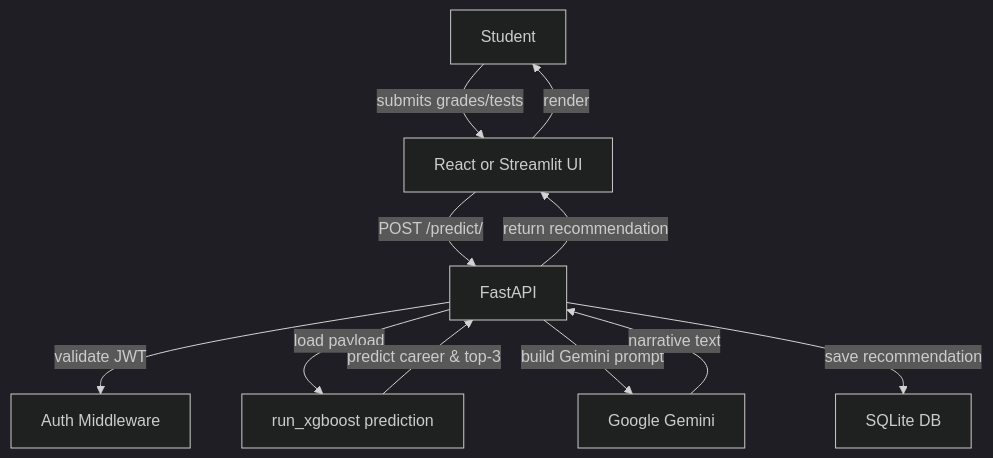
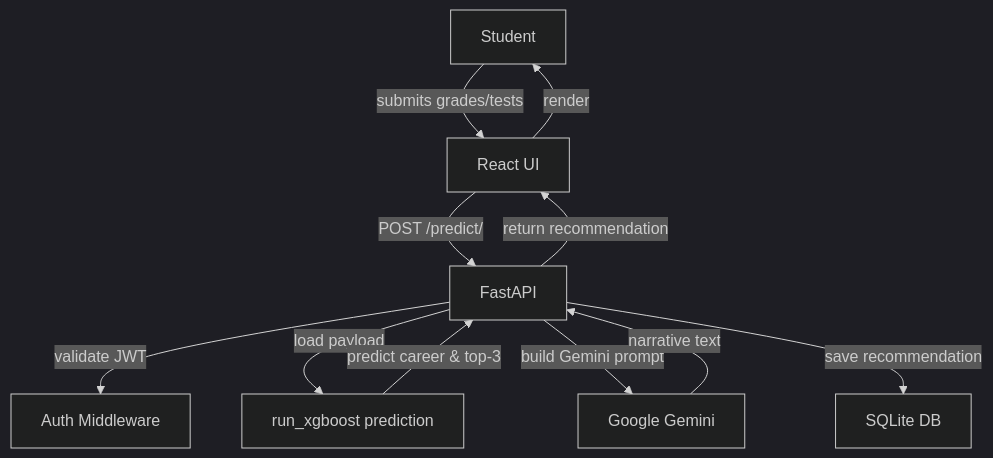
The fourth of 8 diagrams in README.md (A-I-Jeremiah/Smart-Career-Portal), drawn with Mermaid (dark theme) before and after one commit. The commit also changed other lines of this file, not shown here.

````diff
--- a/README.md
+++ b/README.md
@@ -105,13 +99,13 @@
 ```mermaid
 flowchart TD
-    User[Student] -->|submits grades/tests| Frontend[React or Streamlit UI]
+    User[Student] -->|submits grades/tests| Frontend[React UI]
     Frontend -->|POST /predict/| FastAPI
     FastAPI -->|validate JWT| Auth[Auth Middleware]
     FastAPI -->|load payload| ML[run_xgboost prediction]
     ML -->|predict career & top-3| FastAPI
     FastAPI -->|build Gemini prompt| Gemini[Google Gemini]
     Gemini -->|narrative text| FastAPI
     FastAPI -->|save recommendation| SQLite[SQLite DB]
     FastAPI -->|return recommendation| Frontend
     Frontend -->|render| User
 ```
````
